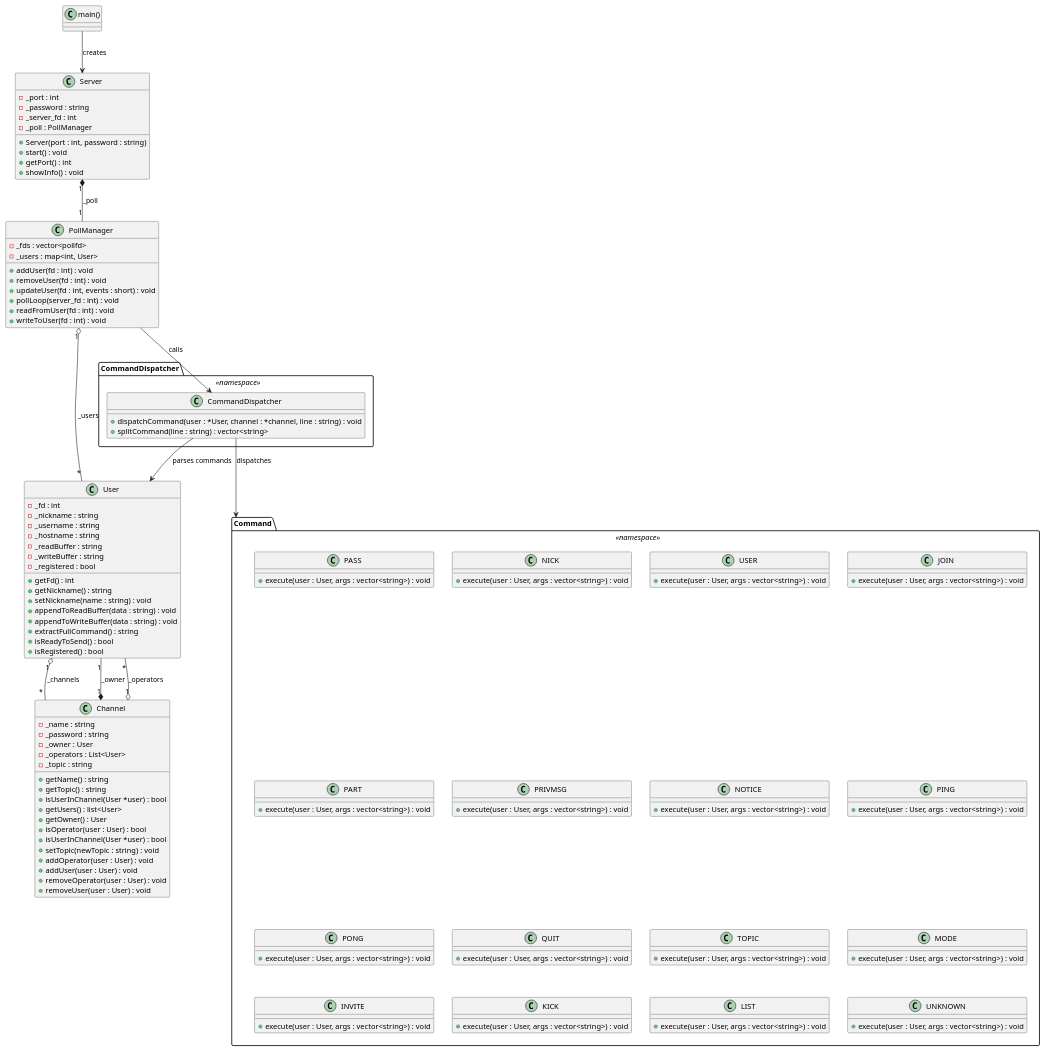
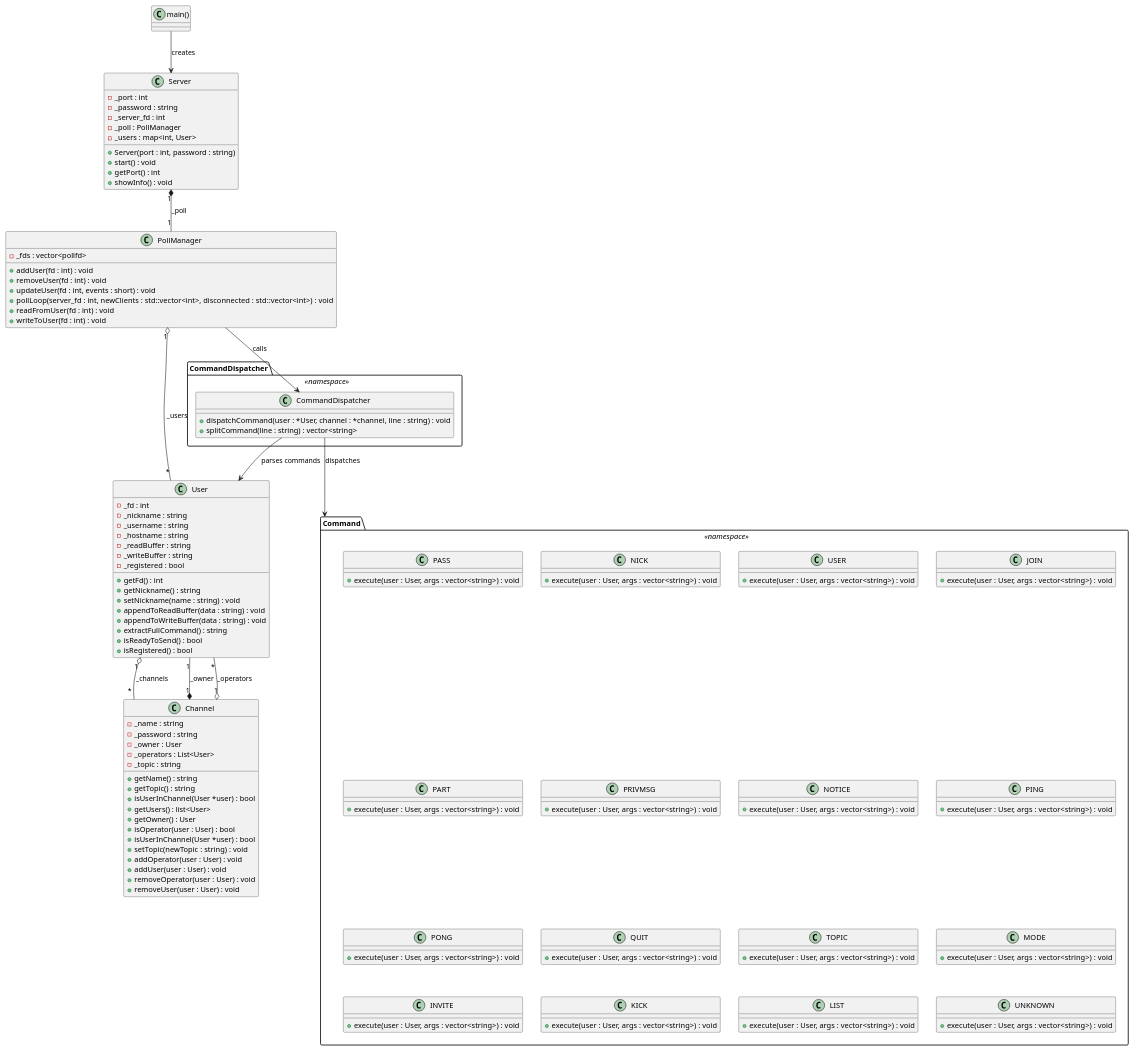
One commit to EniumRaphael/ft_irc changed the diagram in diagram.puml. Above: the diagram before and after it, drawn with PlantUML. The commit also changed 9 other files, not shown here.

```diff
--- a/diagram.puml
+++ b/diagram.puml
@@ -1,161 +1,161 @@
 @startuml "IRC Server - Detailed UML"
 
 ' ========================
 '         ENTRY: main()
 ' ========================
 class "main()"
 
 ' ========================
 '         CLASS: Server
 ' ========================
 class Server {
     - _port : int
     - _password : string
     - _server_fd : int
     - _poll : PollManager
+    - _users : map<int, User>
 
     + Server(port : int, password : string)
     + start() : void
     + getPort() : int
     + showInfo() : void
 }
 
 ' ============================
 '         CLASS: PollManager
 ' ============================
 class PollManager {
     - _fds : vector<pollfd>
-    - _users : map<int, User>
 
     + addUser(fd : int) : void
     + removeUser(fd : int) : void
     + updateUser(fd : int, events : short) : void
-    + pollLoop(server_fd : int) : void
+    + pollLoop(server_fd : int, newClients : std::vector<int>,  disconnected : std::vector<int>) : void
     + readFromUser(fd : int) : void
     + writeToUser(fd : int) : void
 }
 
 ' ========================
 '         CLASS: User
 ' ========================
 class User {
     - _fd : int
     - _nickname : string
     - _username : string
     - _hostname : string
     - _readBuffer : string
     - _writeBuffer : string
     - _registered : bool
 
     + getFd() : int
     + getNickname() : string
     + setNickname(name : string) : void
     + appendToReadBuffer(data : string) : void
     + appendToWriteBuffer(data : string) : void
     + extractFullCommand() : string
     + isReadyToSend() : bool
     + isRegistered() : bool
 }
 
 ' ========================
 '         CLASS: Channel
 ' ========================
 class Channel {
     - _name : string
     - _password : string
     - _owner : User
     - _operators : List<User>
     - _topic : string
 
     + getName() : string
 	+ getTopic() : string
 	+ isUserInChannel(User *user) : bool
 	+ getUsers() : list<User>
 	+ getOwner() : User
     + isOperator(user : User) : bool
 	+ isUserInChannel(User *user) : bool
     + setTopic(newTopic : string) : void
     + addOperator(user : User) : void
 	+ addUser(user : User) : void
     + removeOperator(user : User) : void
 	+ removeUser(user : User) : void
 }
 
 ' ====================================
 '  NAMESPACE: CommandDispatcher (static)
 ' ====================================
 package "CommandDispatcher" <<namespace>> {
     class CommandDispatcher {
         + dispatchCommand(user : *User, channel : *channel, line : string) : void
         + splitCommand(line : string) : vector<string>
     }
 }
 
 ' =============================
 '      NAMESPACE: Command
 ' =============================
 package "Command" <<namespace>> {
     class PASS {
         + execute(user : User, args : vector<string>) : void
     }
     class NICK {
         + execute(user : User, args : vector<string>) : void
     }
     class USER {
         + execute(user : User, args : vector<string>) : void
     }
     class JOIN {
         + execute(user : User, args : vector<string>) : void
     }
     class PART {
         + execute(user : User, args : vector<string>) : void
     }
     class PRIVMSG {
         + execute(user : User, args : vector<string>) : void
     }
     class NOTICE {
         + execute(user : User, args : vector<string>) : void
     }
     class PING {
         + execute(user : User, args : vector<string>) : void
     }
     class PONG {
         + execute(user : User, args : vector<string>) : void
     }
     class QUIT {
         + execute(user : User, args : vector<string>) : void
     }
     class TOPIC {
         + execute(user : User, args : vector<string>) : void
     }
     class MODE {
         + execute(user : User, args : vector<string>) : void
     }
     class INVITE {
         + execute(user : User, args : vector<string>) : void
     }
     class KICK {
         + execute(user : User, args : vector<string>) : void
     }
     class LIST {
         + execute(user : User, args : vector<string>) : void
     }
     class UNKNOWN {
         + execute(user : User, args : vector<string>) : void
     }
 }
 
 ' ========================
 '         RELATIONS
 ' ========================
 "main()" --> Server : creates
 Server "1" *-- "1" PollManager : _poll
 PollManager "1" o-- "*" User : _users
 User "1" o-- "*" Channel : _channels
 Channel "1" *-- "1" User : _owner
 Channel "1" o-- "*" User : _operators
 PollManager --> CommandDispatcher.CommandDispatcher : calls
 CommandDispatcher.CommandDispatcher --> Command : dispatches
 CommandDispatcher.CommandDispatcher --> User : parses commands
 
 @enduml
```
